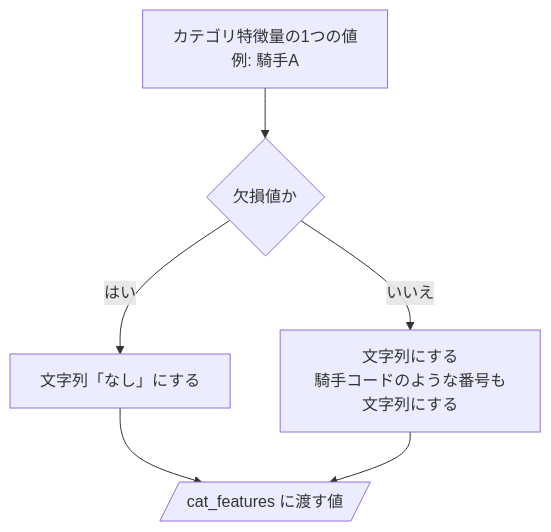
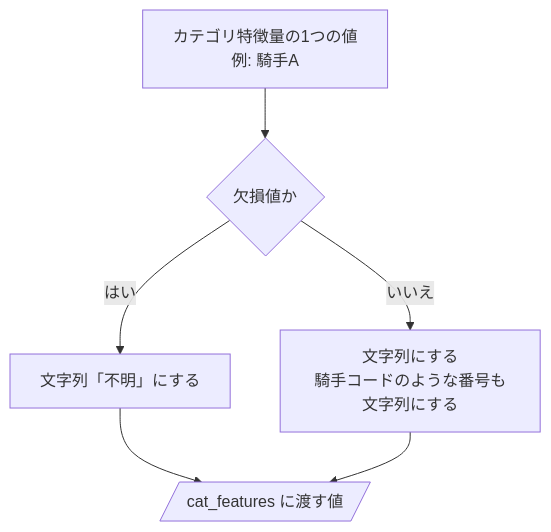
Before and after one commit to ht-0328/keiba-yosou: the first of 3 diagrams in docs/design/近走と適性から3着以内を予想/13-catboost.md, drawn with Mermaid. The commit also changed other lines of this file and 35 other files, not shown here.

````diff
--- a/docs/design/近走と適性から3着以内を予想/13-catboost.md
+++ b/docs/design/近走と適性から3着以内を予想/13-catboost.md
@@ -49,8 +49,8 @@
 ```mermaid
 flowchart TD
     S["カテゴリ特徴量の1つの値<br>例: 騎手A"] --> Q0{"欠損値か"}
-    Q0 -->|はい| N["文字列「なし」にする"]
+    Q0 -->|はい| N["文字列「不明」にする"]
     Q0 -->|いいえ| K["文字列にする<br>騎手コードのような番号も文字列にする"]
     N --> C[/"cat_features に渡す値"/]
     K --> C
 ```
````
